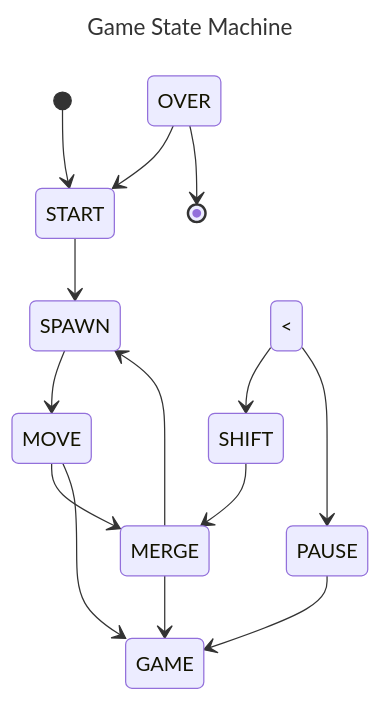
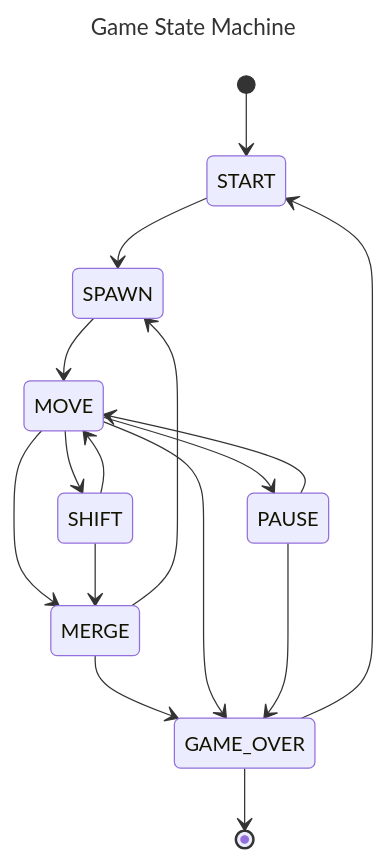
The diagram in README.md (suzettemyrna/tetris-c), drawn with Mermaid before and after one commit.

````diff
--- a/README.md
+++ b/README.md
@@ -131,19 +131,21 @@
 ```mermaid
 ---
 title: Game State Machine
 ---
 stateDiagram-v2
     [*] --> START
     START --> SPAWN
     SPAWN --> MOVE
     MOVE --> MERGE
-    MERGE --> GAME OVER
-    MOVE <--> SHIFT
-    MOVE <--> PAUSE
-    MOVE --> GAME OVER
-    PAUSE --> GAME OVER
+    MERGE --> GAME_OVER
+    MOVE --> SHIFT
+    SHIFT --> MOVE
+    MOVE --> PAUSE
+    PAUSE --> MOVE
+    MOVE --> GAME_OVER
+    PAUSE --> GAME_OVER
     SHIFT --> MERGE
     MERGE --> SPAWN
-    GAME OVER --> START
-    GAME OVER --> [*]
+    GAME_OVER --> START
+    GAME_OVER --> [*]
 ```
````
